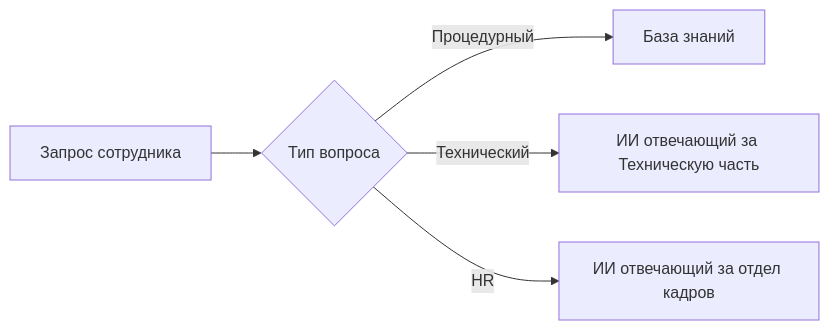
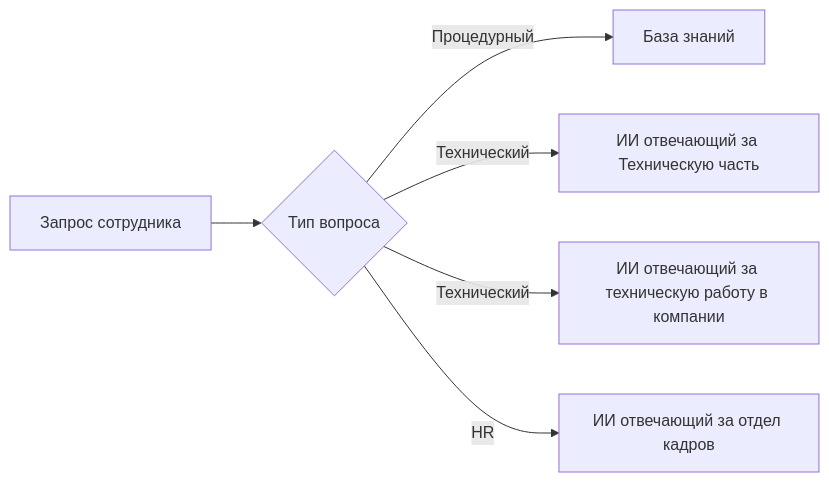
The first of 2 diagrams in AIOnborder/Этапы работы ассистента.md (Namelomax/AIOnborder), drawn with Mermaid before and after one commit. The commit also changed other lines of this file and 1 other file, not shown here.

````diff
--- a/AIOnborder/Этапы работы ассистента.md
+++ b/AIOnborder/Этапы работы ассистента.md
@@ -19,7 +21,8 @@
 ```mermaid
 flowchart LR
     A[Запрос сотрудника] --> B{Тип вопроса}
     B -->|Процедурный| C[База знаний]
     B -->|Технический| D[ИИ отвечающий за Техническую часть]
+    B -->|Технический| F[ИИ отвечающий за техническую работу в компании]
     B -->|HR| E[ИИ отвечающий за отдел кадров]
 ```
````
